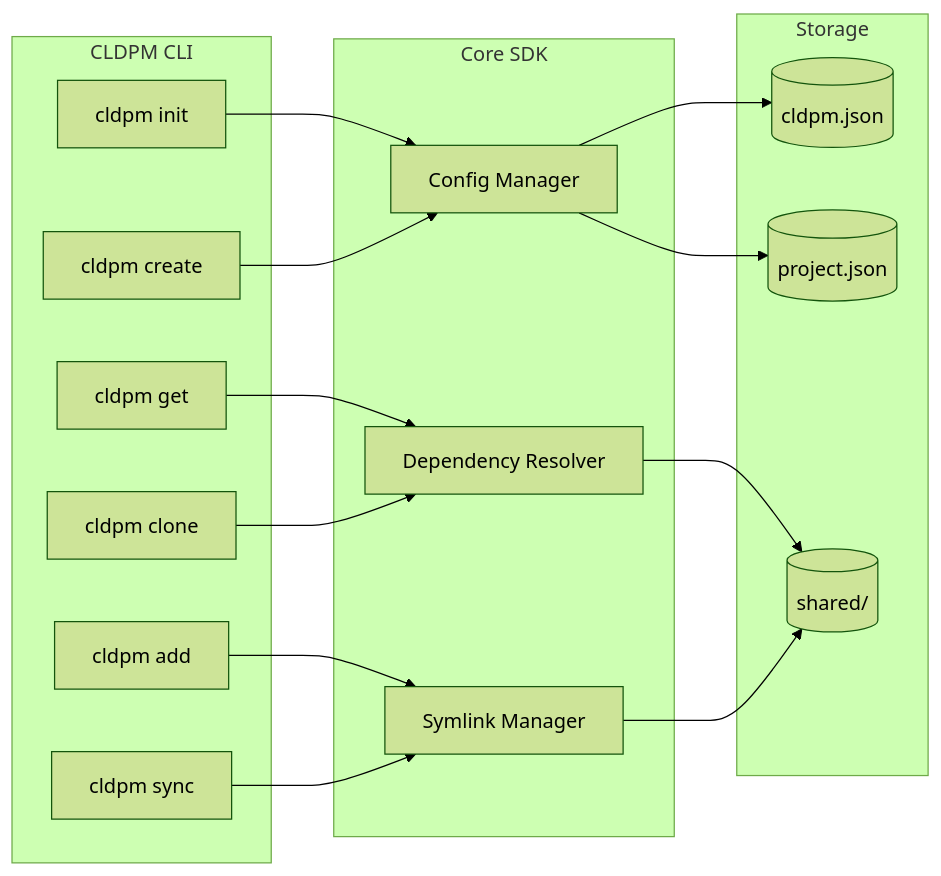
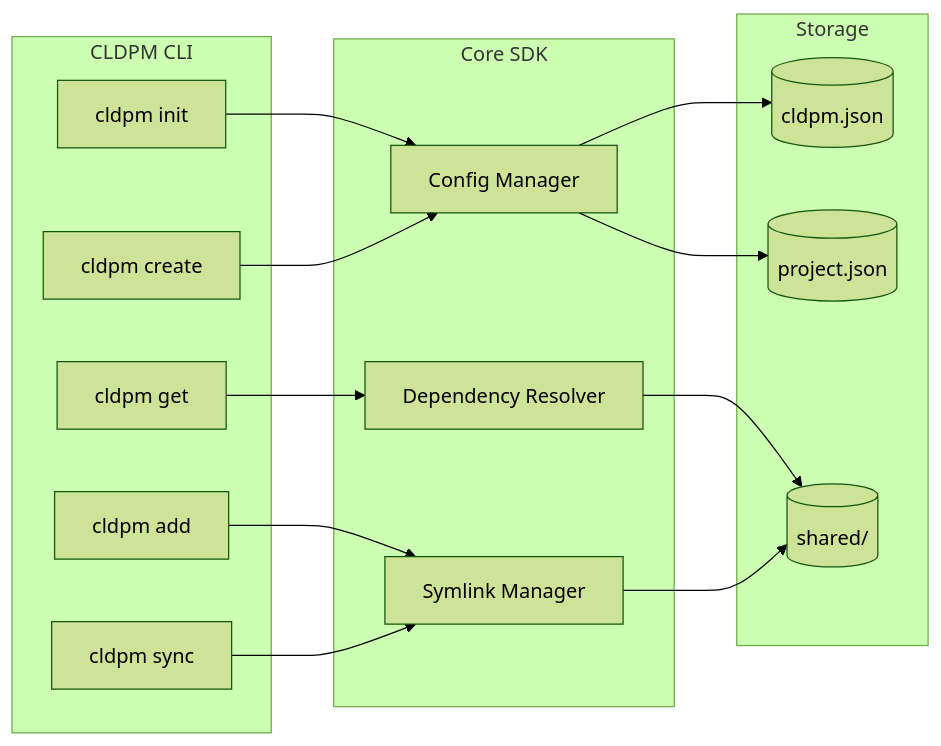
The first of 2 diagrams in python/README.md (transilienceai/cldpm), drawn with Mermaid (forest theme) before and after one commit. The commit also changed 35 other files, not shown here.

````diff
--- a/python/README.md
+++ b/python/README.md
@@ -48,35 +48,33 @@
 ```mermaid
 flowchart LR
     subgraph "CLDPM CLI"
         INIT[cldpm init]
         CREATE[cldpm create]
         ADD[cldpm add]
         GET[cldpm get]
         SYNC[cldpm sync]
-        CLONE[cldpm clone]
     end
 
     subgraph "Core SDK"
         CONFIG[Config Manager]
         RESOLVER[Dependency Resolver]
         LINKER[Symlink Manager]
     end
 
     subgraph "Storage"
         CLDPMJSON[(cldpm.json)]
         PROJSON[(project.json)]
         SHARED[(shared/)]
     end
 
     INIT --> CONFIG
     CREATE --> CONFIG
     ADD --> LINKER
     GET --> RESOLVER
     SYNC --> LINKER
-    CLONE --> RESOLVER
 
     CONFIG --> CLDPMJSON
     CONFIG --> PROJSON
     RESOLVER --> SHARED
     LINKER --> SHARED
 ```
````
